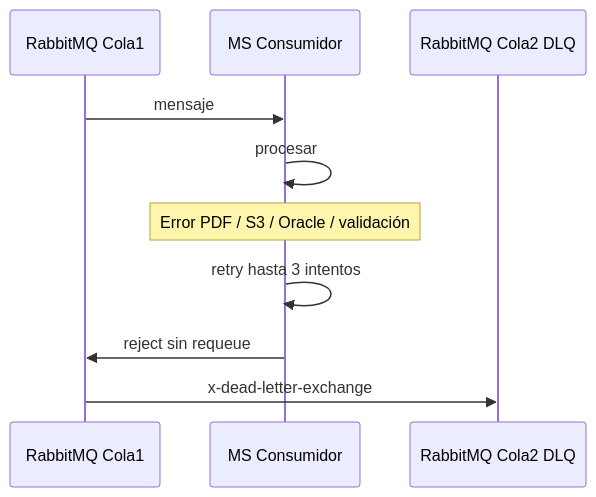
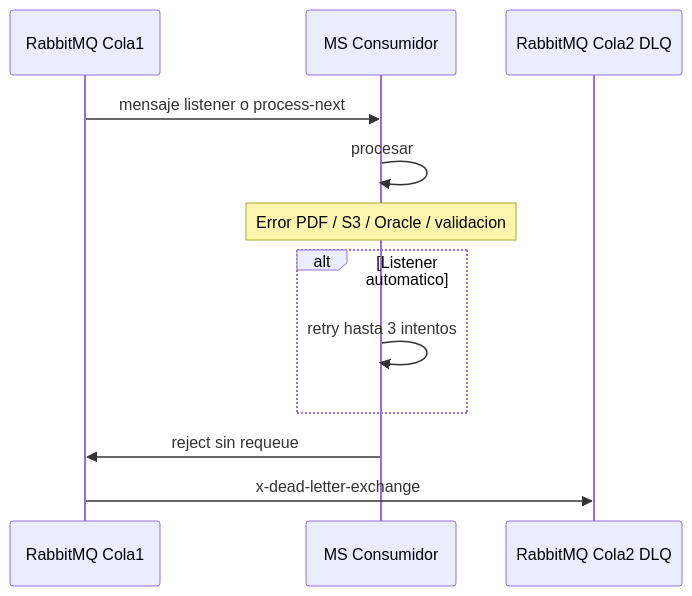
The third of 4 diagrams in docs/arquitectura.md (L0ncho/dispatch-flow-api), drawn with Mermaid before and after one commit. The commit also changed other lines of this file and 20 other files, not shown here.

Commit message:
feat: default consumer to manual mode with secured POST /api/guides/process-next

````diff
--- a/docs/arquitectura.md
+++ b/docs/arquitectura.md
@@ -90,13 +97,15 @@
 ```mermaid
 sequenceDiagram
     participant RMQ as RabbitMQ Cola1
     participant Cn as MS Consumidor
     participant DLQ as RabbitMQ Cola2 DLQ
 
-    RMQ->>Cn: mensaje
+    RMQ->>Cn: mensaje listener o process-next
     Cn->>Cn: procesar
-    Note over Cn: Error PDF / S3 / Oracle / validación
-    Cn->>Cn: retry hasta 3 intentos
+    Note over Cn: Error PDF / S3 / Oracle / validacion
+    alt Listener automatico
+        Cn->>Cn: retry hasta 3 intentos
+    end
     Cn->>RMQ: reject sin requeue
     RMQ->>DLQ: x-dead-letter-exchange
 ```
````
